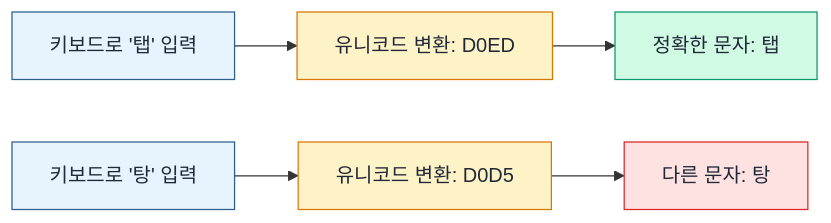
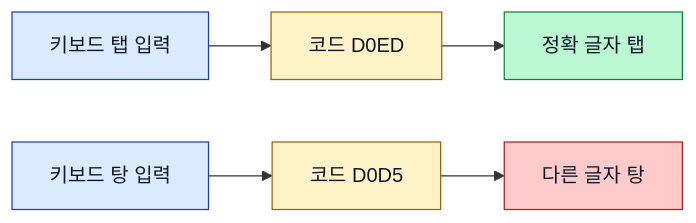
Before and after one commit to linisia/eric-company: the fourth of 7 diagrams in content/diary/c/1.md, drawn with Mermaid. The commit also changed other lines of this file, not shown here.

````diff
--- a/content/diary/c/1.md
+++ b/content/diary/c/1.md
@@ -97,13 +109,13 @@
 ```mermaid
 flowchart LR
-    A["키보드로 '탭' 입력"] --> B["유니코드 변환: D0ED"]
-    B --> C["정확한 문자: 탭"]
-    A2["키보드로 '탕' 입력"] --> B2["유니코드 변환: D0D5"]
-    B2 --> C2["다른 문자: 탕"]
-    style A fill:#e8f4fd,stroke:#2c5e8f,color:#1f2937
-    style A2 fill:#e8f4fd,stroke:#2c5e8f,color:#1f2937
-    style B fill:#fef3c7,stroke:#d97706,color:#1f2937
-    style B2 fill:#fef3c7,stroke:#d97706,color:#1f2937
-    style C fill:#d1fae5,stroke:#059669,color:#1f2937
-    style C2 fill:#fee2e2,stroke:#dc2626,color:#1f2937
+    A[키보드 탭 입력] --> B[코드 D0ED]
+    B --> C[정확 글자 탭]
+    A2[키보드 탕 입력] --> B2[코드 D0D5]
+    B2 --> C2[다른 글자 탕]
+    style A fill:#dbeafe,stroke:#1e40af,color:#0f172a
+    style A2 fill:#dbeafe,stroke:#1e40af,color:#0f172a
+    style B fill:#fef3c7,stroke:#a16207,color:#0f172a
+    style B2 fill:#fef3c7,stroke:#a16207,color:#0f172a
+    style C fill:#bbf7d0,stroke:#15803d,color:#0f172a
+    style C2 fill:#fecaca,stroke:#b91c1c,color:#0f172a
 ```
````
